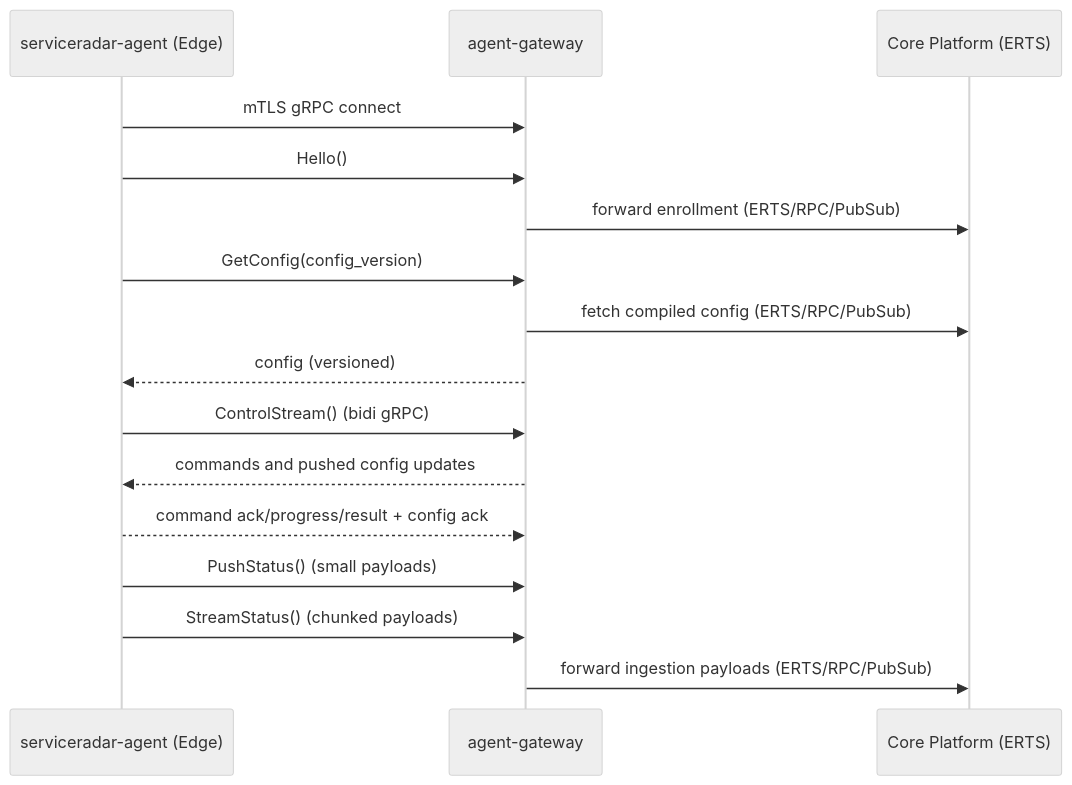
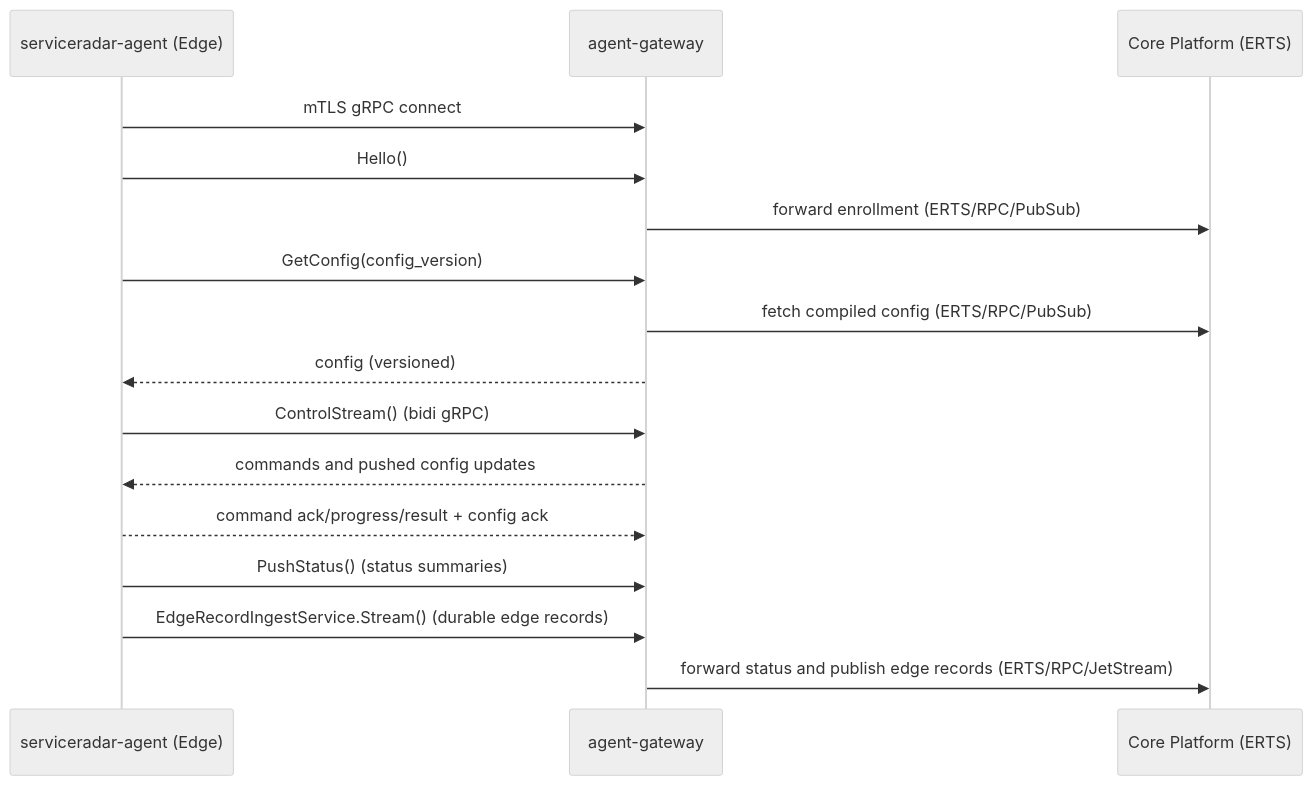
The diagram in docs/docs/edge-model.md (carverauto/serviceradar), drawn with Mermaid (neutral theme) before and after one commit. The commit also changed other lines of this file and 80 other files, not shown here.

````diff
--- a/docs/docs/edge-model.md
+++ b/docs/docs/edge-model.md
@@ -32,21 +32,21 @@
 ```mermaid
 sequenceDiagram
   participant A as serviceradar-agent (Edge)
   participant G as agent-gateway
   participant C as Core Platform (ERTS)
 
   A->>G: mTLS gRPC connect
   A->>G: Hello()
   G->>C: forward enrollment (ERTS/RPC/PubSub)
   A->>G: GetConfig(config_version)
   G->>C: fetch compiled config (ERTS/RPC/PubSub)
   G-->>A: config (versioned)
 
   A->>G: ControlStream() (bidi gRPC)
   G-->>A: commands and pushed config updates
   A-->>G: command ack/progress/result + config ack
 
-  A->>G: PushStatus() (small payloads)
-  A->>G: StreamStatus() (chunked payloads)
-  G->>C: forward ingestion payloads (ERTS/RPC/PubSub)
+  A->>G: PushStatus() (status summaries)
+  A->>G: EdgeRecordIngestService.Stream() (durable edge records)
+  G->>C: forward status and publish edge records (ERTS/RPC/JetStream)
 ```
````
